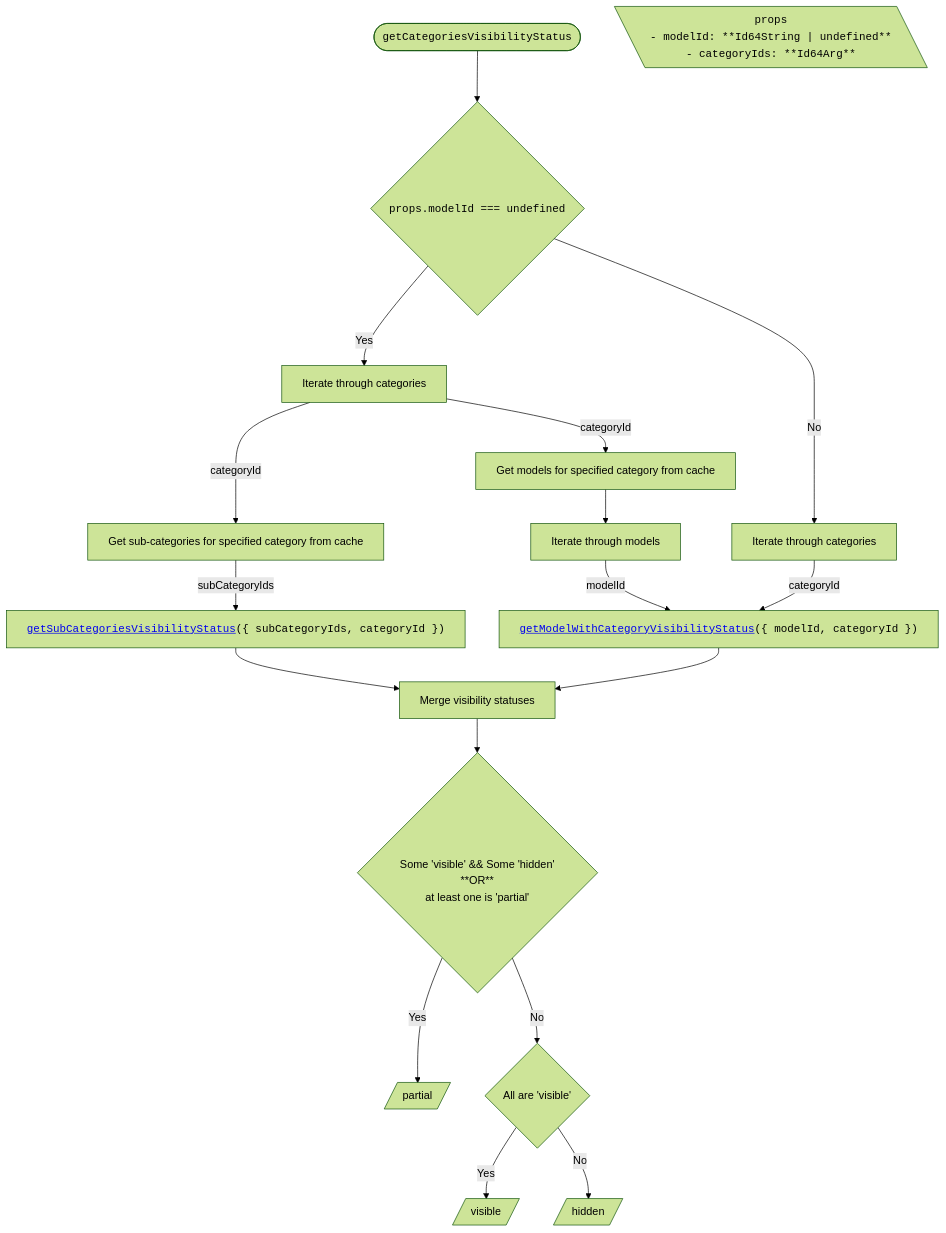
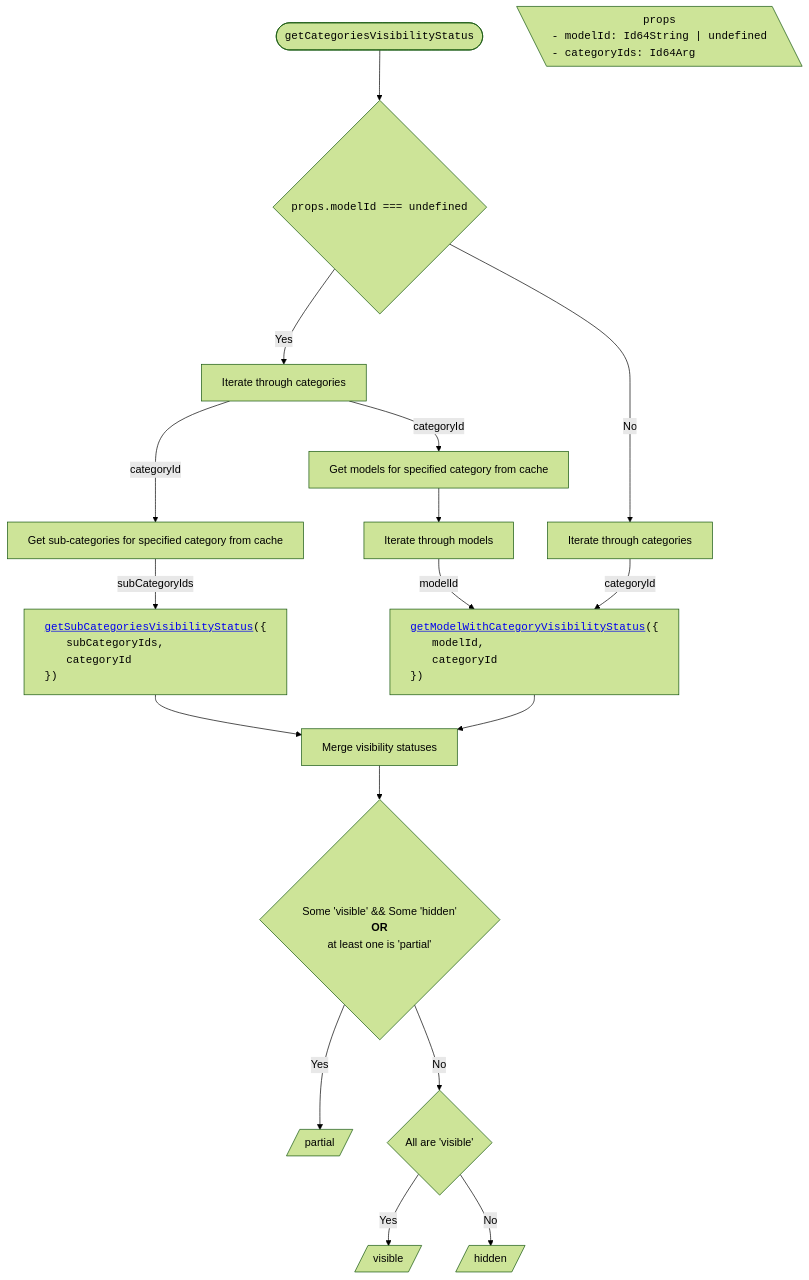
Before and after one commit to iTwin/viewer-components-react: the third of 14 diagrams in packages/itwin/tree-widget/docs/SharedVisibilityHandling.md, drawn with Mermaid (forest theme). The commit also changed other lines of this file and 7 other files, not shown here.

First line of the commit message:
[Tree widget]: add change visibility mermaid diagrams on `next` (#1674)

````diff
--- a/packages/itwin/tree-widget/docs/SharedVisibilityHandling.md
+++ b/packages/itwin/tree-widget/docs/SharedVisibilityHandling.md
@@ -138,49 +150,55 @@
 ```mermaid
 ---
 config:
   flowchart:
     wrappingWidth: 750
     useMaxWidth: false
 ---
 
 flowchart TD
   RESULT_Partial[/partial/]
   RESULT_Visible[/visible/]
   RESULT_Hidden[/hidden/]
 
   %% Start
-  TITLE(["<code>getCategoriesVisibilityStatus</code>"]) --> A{<code>props.modelId === undefined</code>}
+  TITLE(["<span style='font-family: monospace;'>getCategoriesVisibilityStatus</span>"]) --> A{<span style='font-family: monospace;'>props.modelId === undefined</span>}
 
   PROPS[\"
-    <code>props</code>
-    <code style='text-align: left;'>- modelId: **Id64String | undefined** <br/> - categoryIds: **Id64Arg**</code>
+    <span style='font-family: monospace;'>props</span>
+    <span style='display: block; text-align: left; font-family: monospace;'>- modelId: Id64String | undefined <br/> - categoryIds: Id64Arg</span>
   "\]
 
   %% Branch Yes
   A -- Yes --> B[Iterate through categories]
   B -- categoryId --> C1[Get sub-categories for specified category from cache]
   B -- categoryId --> C2[Get models for specified category from cache]
 
-  C1 -- subCategoryIds --> D1["<code><a href='#getsubcategoriesvisibilitystatus'>getSubCategoriesVisibilityStatus</a>({ subCategoryIds, categoryId })</code>"]
+  C1 -- subCategoryIds --> D1["<div style='text-align: left; font-family: monospace;'><a href='#getsubcategoriesvisibilitystatus'>getSubCategoriesVisibilityStatus</a>({
+    <span style='padding-left: 2rem;'>subCategoryIds,</span>
+    <span style='padding-left: 2rem;'>categoryId</span>
+    })</div>"]
 
   C2 --> D2[Iterate through models]
-  D2 -- modelId --> F["<code><a href='#getmodelwithcategoryvisibilitystatus'>getModelWithCategoryVisibilityStatus</a>({ modelId, categoryId })</code>"]
+  D2 -- modelId --> F["<div style='text-align: left; font-family: monospace;'><a href='#getmodelwithcategoryvisibilitystatus'>getModelWithCategoryVisibilityStatus</a>({
+    <span style='padding-left: 2rem;'>modelId,</span>
+    <span style='padding-left: 2rem;'>categoryId</span>
+    })</div>"]
 
   %% Branch No
   A -- No --> B2[Iterate through categories]
   B2 -- categoryId --> F
 
   %% Merge
   D1 --> M[Merge visibility statuses]
   F --> M
 
-  M --> N{<br/> Some 'visible' && Some 'hidden' <br/> **OR** <br/> at least one is 'partial'}
+  M --> N{<br/> Some 'visible' && Some 'hidden' <br/> <strong>OR</strong> <br/> at least one is 'partial'}
 
   %% Results
   N -- Yes --> RESULT_Partial
 
   N -- No --> O{All are 'visible'}
 
   O -- Yes --> RESULT_Visible
   O -- No --> RESULT_Hidden
 ```
````
